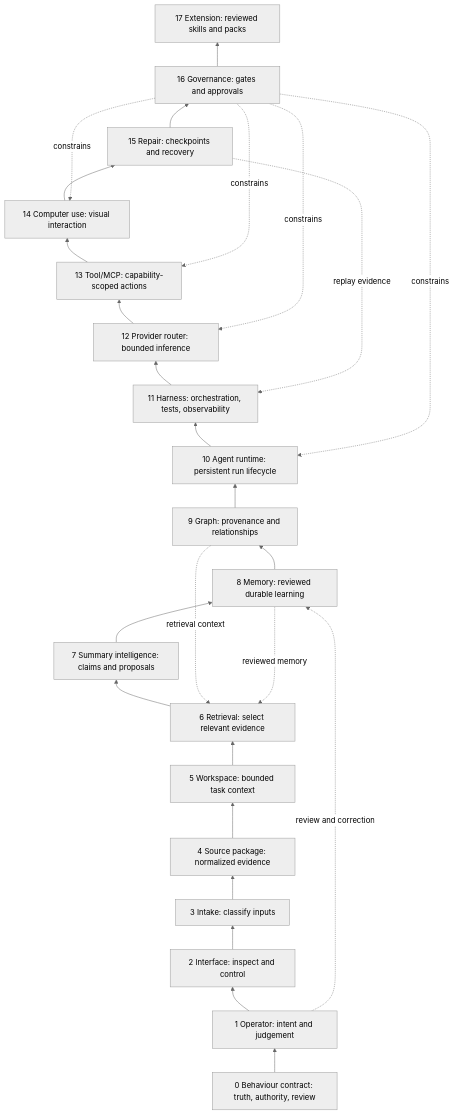
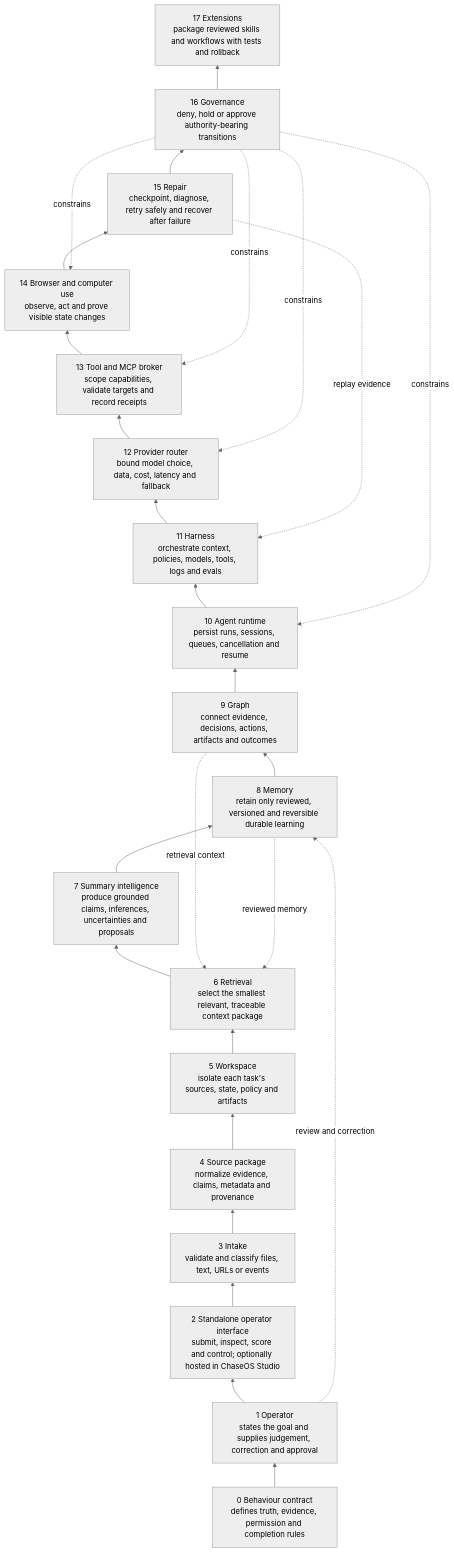
Before and after one commit to chasedndt/Chaser-Agent: the first of 2 diagrams in docs/01_Product/Chaser-Agent-17-Layer-Architecture.md, drawn with Mermaid (neutral theme). The commit also changed other lines of this file and 5 other files, not shown here.

````diff
--- a/docs/01_Product/Chaser-Agent-17-Layer-Architecture.md
+++ b/docs/01_Product/Chaser-Agent-17-Layer-Architecture.md
@@ -49,32 +51,32 @@
 ```mermaid
 flowchart BT
-    L0["0 Behaviour contract: truth, authority, review"]
-    L1["1 Operator: intent and judgement"]
-    L2["2 Interface: inspect and control"]
-    L3["3 Intake: classify inputs"]
-    L4["4 Source package: normalized evidence"]
-    L5["5 Workspace: bounded task context"]
-    L6["6 Retrieval: select relevant evidence"]
-    L7["7 Summary intelligence: claims and proposals"]
-    L8["8 Memory: reviewed durable learning"]
-    L9["9 Graph: provenance and relationships"]
-    L10["10 Agent runtime: persistent run lifecycle"]
-    L11["11 Harness: orchestration, tests, observability"]
-    L12["12 Provider router: bounded inference"]
-    L13["13 Tool/MCP: capability-scoped actions"]
-    L14["14 Computer use: visual interaction"]
-    L15["15 Repair: checkpoints and recovery"]
-    L16["16 Governance: gates and approvals"]
-    L17["17 Extension: reviewed skills and packs"]
+    L0["0 Behaviour contract<br/>defines truth, evidence, permission and completion rules"]
+    L1["1 Operator<br/>states the goal and supplies judgement, correction and approval"]
+    L2["2 Standalone operator interface<br/>submit, inspect, score and control; optionally hosted in ChaseOS Studio"]
+    L3["3 Intake<br/>validate and classify files, text, URLs or events"]
+    L4["4 Source package<br/>normalize evidence, claims, metadata and provenance"]
+    L5["5 Workspace<br/>isolate each task's sources, state, policy and artifacts"]
+    L6["6 Retrieval<br/>select the smallest relevant, traceable context package"]
+    L7["7 Summary intelligence<br/>produce grounded claims, inferences, uncertainties and proposals"]
+    L8["8 Memory<br/>retain only reviewed, versioned and reversible durable learning"]
+    L9["9 Graph<br/>connect evidence, decisions, actions, artifacts and outcomes"]
+    L10["10 Agent runtime<br/>persist runs, sessions, queues, cancellation and resume"]
+    L11["11 Harness<br/>orchestrate context, policies, models, tools, logs and evals"]
+    L12["12 Provider router<br/>bound model choice, data, cost, latency and fallback"]
+    L13["13 Tool and MCP broker<br/>scope capabilities, validate targets and record receipts"]
+    L14["14 Browser and computer use<br/>observe, act and prove visible state changes"]
+    L15["15 Repair<br/>checkpoint, diagnose, retry safely and recover after failure"]
+    L16["16 Governance<br/>deny, hold or approve authority-bearing transitions"]
+    L17["17 Extensions<br/>package reviewed skills and workflows with tests and rollback"]
 
     L0 --> L1 --> L2 --> L3 --> L4 --> L5 --> L6 --> L7
     L7 --> L8 --> L9 --> L10 --> L11 --> L12 --> L13 --> L14 --> L15 --> L16 --> L17
     L16 -. "constrains" .-> L10
     L16 -. "constrains" .-> L12
     L16 -. "constrains" .-> L13
     L16 -. "constrains" .-> L14
     L15 -. "replay evidence" .-> L11
     L9 -. "retrieval context" .-> L6
     L8 -. "reviewed memory" .-> L6
     L1 -. "review and correction" .-> L8
 ```
````
